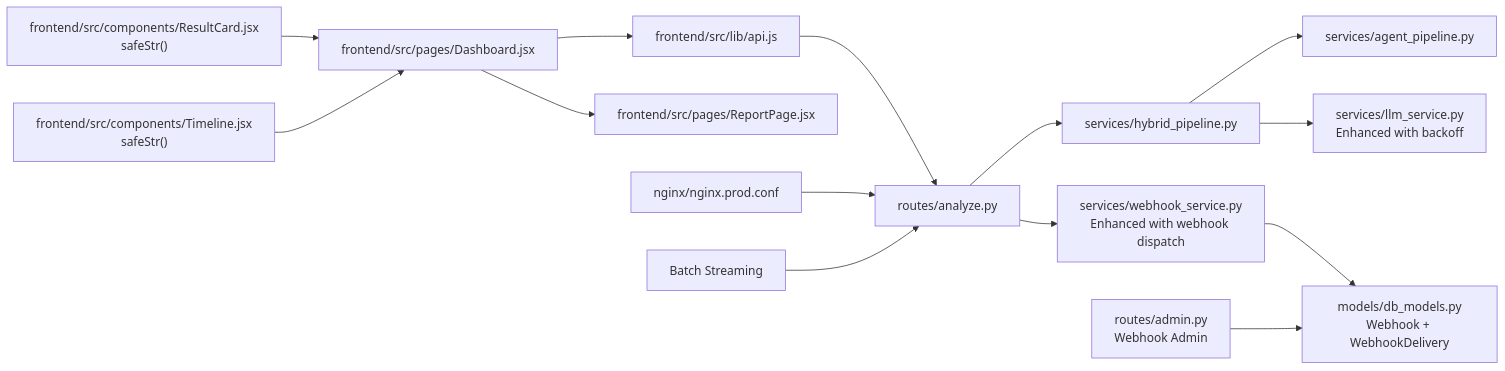
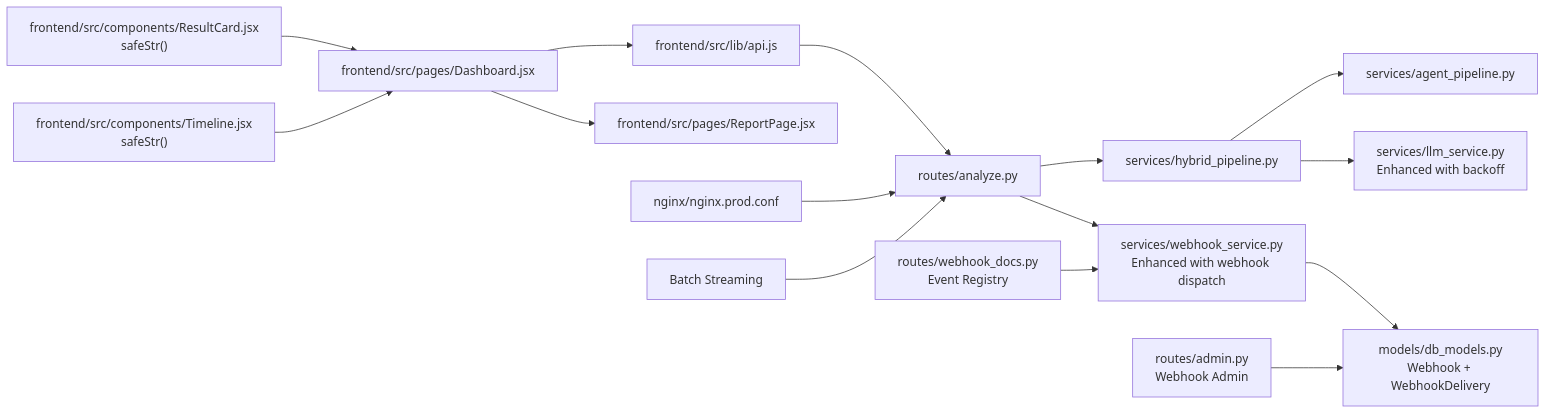
One commit to Revanththetalogics/aireume changed the seventh of 7 diagrams in .qoder/repowiki/en/content/Real-time Processing.md. Above: the diagram before and after it, drawn with Mermaid. The commit also changed other lines of this file and 13 other files, not shown here.

````diff
--- a/.qoder/repowiki/en/content/Real-time Processing.md
+++ b/.qoder/repowiki/en/content/Real-time Processing.md
@@ -560,16 +593,17 @@
 ```mermaid
 graph LR
 Route["routes/analyze.py"] --> Gen["services/hybrid_pipeline.py"]
 Gen --> Services["services/agent_pipeline.py"]
 Gen --> LLM["services/llm_service.py<br/>Enhanced with backoff"]
 Route --> WS["services/webhook_service.py<br/>Enhanced with webhook dispatch"]
 WS --> DB["models/db_models.py<br/>Webhook + WebhookDelivery"]
 API["frontend/src/lib/api.js"] --> Route
 UI["frontend/src/pages/Dashboard.jsx"] --> API
 UI --> Report["frontend/src/pages/ReportPage.jsx"]
 Safe["frontend/src/components/ResultCard.jsx<br/>safeStr()"] --> UI
 Safe2["frontend/src/components/Timeline.jsx<br/>safeStr()"] --> UI
 Nginx["nginx/nginx.prod.conf"] --> Route
 Batch["Batch Streaming"] --> Route
 Admin["routes/admin.py<br/>Webhook Admin"] --> DB
+Docs["routes/webhook_docs.py<br/>Event Registry"] --> WS
 ```
````
